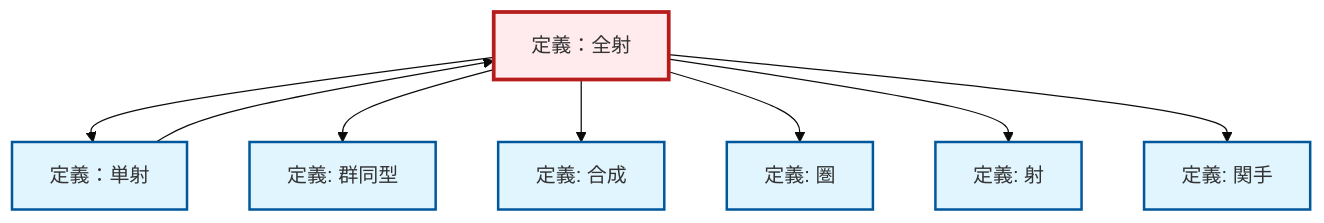
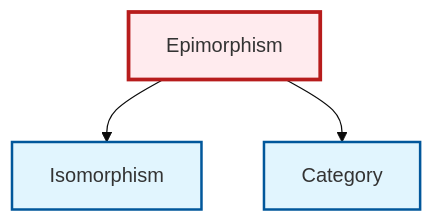
Before and after one commit to RK0429/ModernMath: the diagram in content/ja/category-theory/def-epimorphism.qmd, drawn with Mermaid (base theme). The commit also changed 328 other files, not shown here.

````diff
--- a/content/ja/category-theory/def-epimorphism.qmd
+++ b/content/ja/category-theory/def-epimorphism.qmd
@@ -97,30 +97,17 @@
 ```{mermaid}
 %%| fig-cap: "ローカル依存関係グラフ"
 graph TD
     classDef definition fill:#e1f5fe,stroke:#01579b,stroke-width:2px
     classDef theorem fill:#f3e5f5,stroke:#4a148c,stroke-width:2px
     classDef axiom fill:#fff3e0,stroke:#e65100,stroke-width:2px
     classDef example fill:#e8f5e9,stroke:#1b5e20,stroke-width:2px
     classDef current fill:#ffebee,stroke:#b71c1c,stroke-width:3px
-    def-morphism["定義: 射"]:::definition
-    def-isomorphism["定義: 群同型"]:::definition
-    def-epimorphism["定義：全射"]:::definition
-    def-composition["定義: 合成"]:::definition
-    def-category["定義: 圏"]:::definition
-    def-functor["定義: 関手"]:::definition
-    def-monomorphism["定義：単射"]:::definition
-    def-epimorphism --> def-monomorphism
+    def-epimorphism["Epimorphism"]:::definition
+    def-category["Category"]:::definition
+    def-isomorphism["Isomorphism"]:::definition
     def-epimorphism --> def-isomorphism
-    def-epimorphism --> def-composition
     def-epimorphism --> def-category
-    def-epimorphism --> def-morphism
-    def-epimorphism --> def-functor
-    def-monomorphism --> def-epimorphism
     class def-epimorphism current
-    click def-morphism "def-morphism.html" "射の定義へ"
-    click def-isomorphism "def-isomorphism.html" "群同型の定義へ"
-    click def-composition "def-composition.html" "合成の定義へ"
-    click def-category "def-category.html" "圏の定義へ"
-    click def-functor "def-functor.html" "関手の定義へ"
-    click def-monomorphism "def-monomorphism.html" "定義：単射へ"
+    click def-category "def-category.html" "Categoryへ"
+    click def-isomorphism "def-isomorphism.html" "Isomorphismへ"
 ```
````
